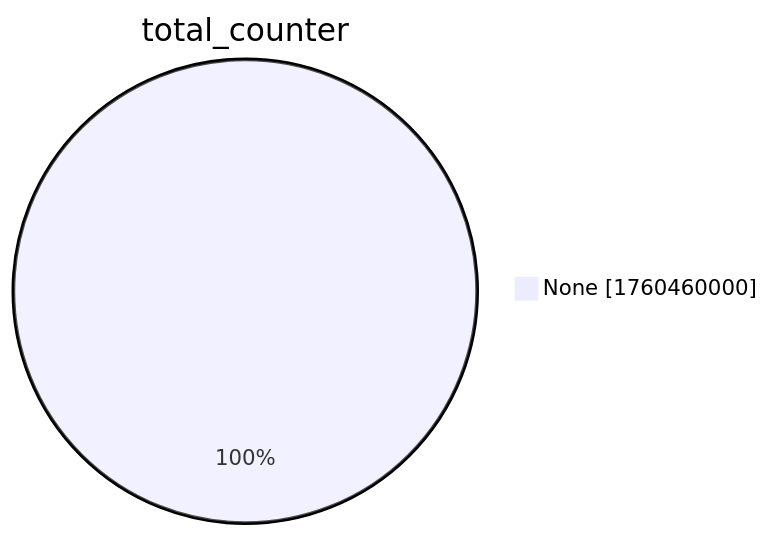
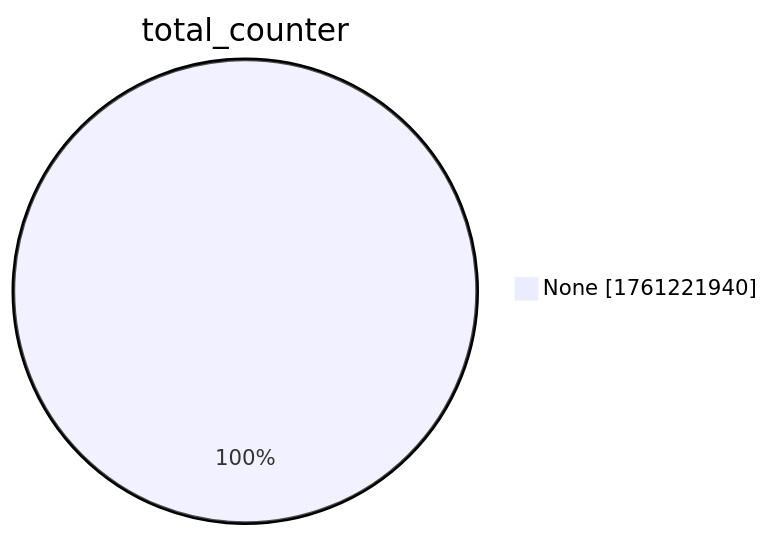
Before and after one commit to christiankrug/ctmonitor_visualization: the second of 15 diagrams in xenon2022/README.md, drawn with Mermaid. The commit also changed other lines of this file, not shown here.

````diff
--- a/xenon2022/README.md
+++ b/xenon2022/README.md
@@ -9,5 +9,5 @@
 ```mermaid
 pie showData
 title total_counter
-"None" :1760460000
+"None" :1761221940
 ```
````
